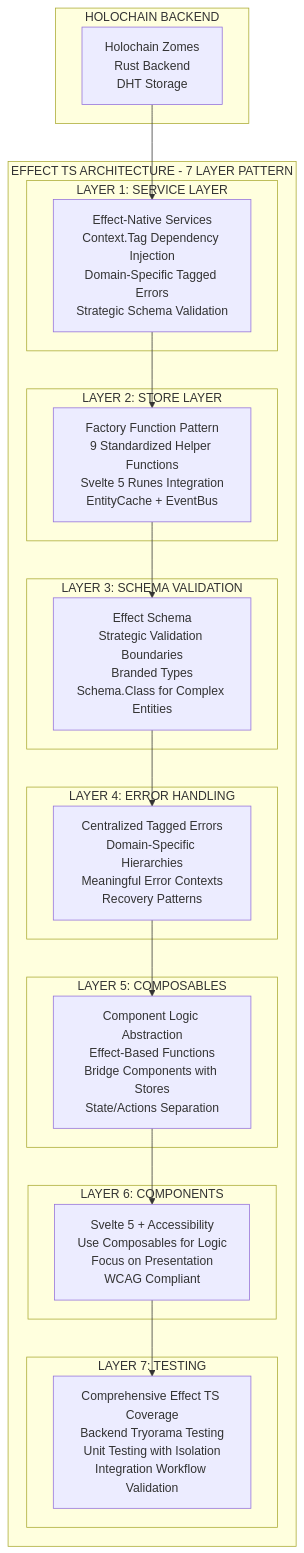
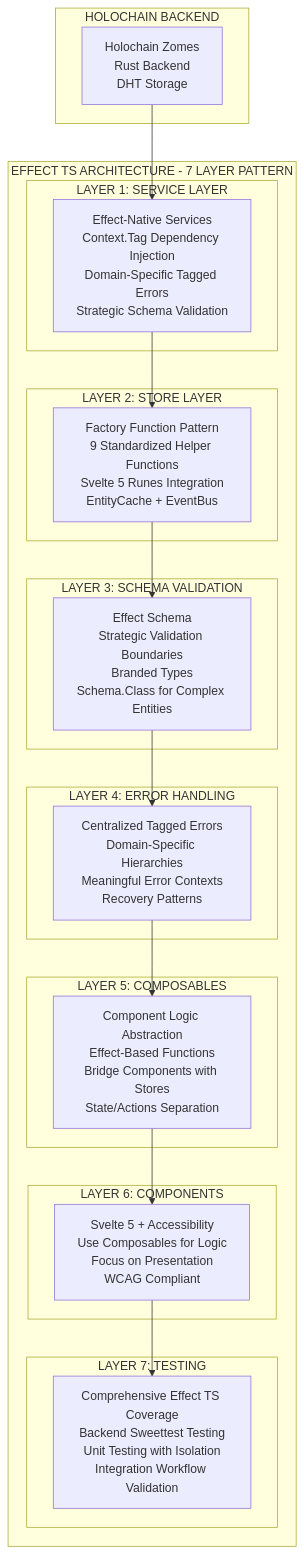
Before and after one commit to happenings-community/requests-and-offers: the first of 2 diagrams in documentation/architecture.md, drawn with Mermaid. The commit also changed other lines of this file and 12 other files, not shown here.

Commit message:
docs: complete Tryorama → Sweettest migration across all remaining docs

````diff
--- a/documentation/architecture.md
+++ b/documentation/architecture.md
@@ -175,45 +175,45 @@
 ```mermaid
 graph TD
     subgraph "HOLOCHAIN BACKEND"
         HC[Holochain Zomes<br/>Rust Backend<br/>DHT Storage]
     end
 
     subgraph "EFFECT TS ARCHITECTURE - 7 LAYER PATTERN"
         subgraph "LAYER 1: SERVICE LAYER"
             SL[Effect-Native Services<br/>Context.Tag Dependency Injection<br/>Domain-Specific Tagged Errors<br/>Strategic Schema Validation]
         end
 
         subgraph "LAYER 2: STORE LAYER"
             ST[Factory Function Pattern<br/>9 Standardized Helper Functions<br/>Svelte 5 Runes Integration<br/>EntityCache + EventBus]
         end
 
         subgraph "LAYER 3: SCHEMA VALIDATION"
             SC[Effect Schema<br/>Strategic Validation Boundaries<br/>Branded Types<br/>Schema.Class for Complex Entities]
         end
 
         subgraph "LAYER 4: ERROR HANDLING"
             EH[Centralized Tagged Errors<br/>Domain-Specific Hierarchies<br/>Meaningful Error Contexts<br/>Recovery Patterns]
         end
 
         subgraph "LAYER 5: COMPOSABLES"
             CO[Component Logic Abstraction<br/>Effect-Based Functions<br/>Bridge Components with Stores<br/>State/Actions Separation]
         end
 
         subgraph "LAYER 6: COMPONENTS"
             CM[Svelte 5 + Accessibility<br/>Use Composables for Logic<br/>Focus on Presentation<br/>WCAG Compliant]
         end
 
         subgraph "LAYER 7: TESTING"
-            TE[Comprehensive Effect TS Coverage<br/>Backend Tryorama Testing<br/>Unit Testing with Isolation<br/>Integration Workflow Validation]
+            TE[Comprehensive Effect TS Coverage<br/>Backend Sweettest Testing<br/>Unit Testing with Isolation<br/>Integration Workflow Validation]
         end
     end
 
     %% Layer Flow Connections
     HC --> SL
     SL --> ST
     ST --> SC
     SC --> EH
     EH --> CO
     CO --> CM
     CM --> TE
 ```
````
